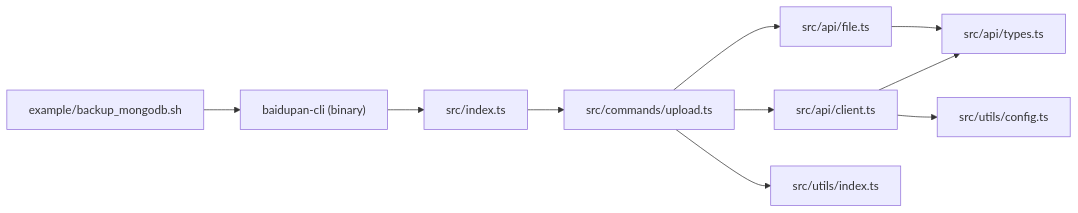
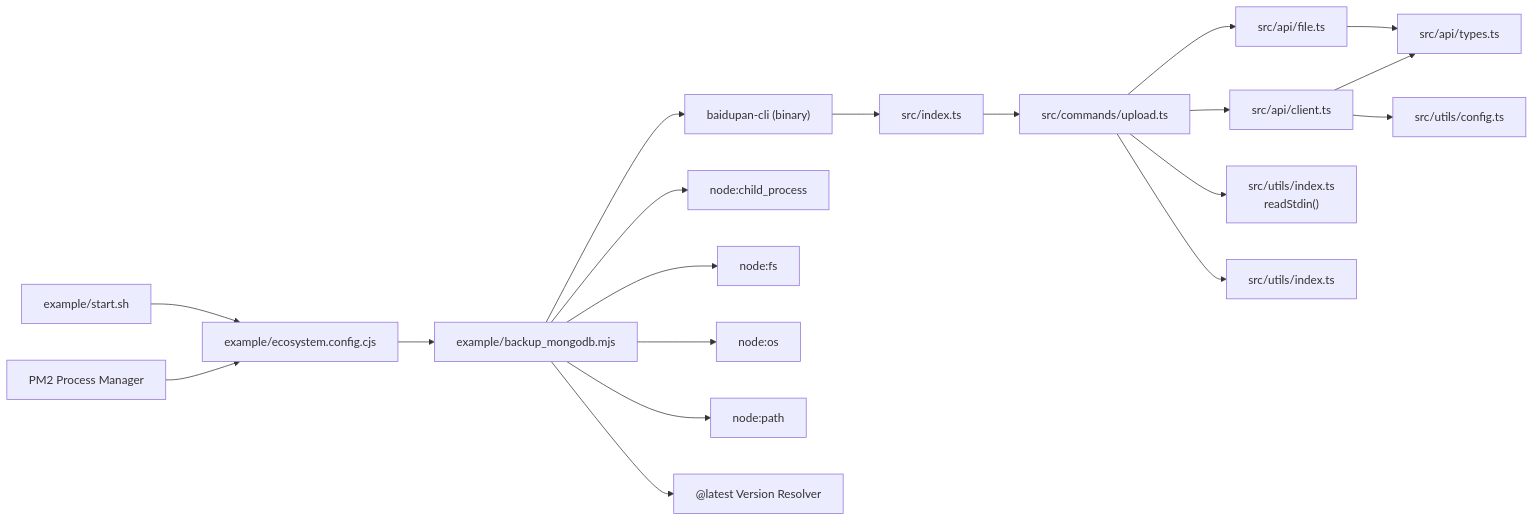
Before and after one commit to yuexiaoliang/baiduwangpan-manager: the sixth of 6 diagrams in .qoder/repowiki/en/content/Advanced Usage & Automation.md, drawn with Mermaid. The commit also changed other lines of this file and 30 other files, not shown here.

````diff
--- a/.qoder/repowiki/en/content/Advanced Usage & Automation.md
+++ b/.qoder/repowiki/en/content/Advanced Usage & Automation.md
@@ -341,12 +396,21 @@
 ```mermaid
 graph LR
-EX["example/backup_mongodb.sh"] --> BIN["baidupan-cli (binary)"]
+EX_MJS["example/backup_mongodb.mjs"] --> BIN["baidupan-cli (binary)"]
+EX_MJS --> NODE_CHILD["node:child_process"]
+EX_MJS --> FS["node:fs"]
+EX_MJS --> OS["node:os"]
+EX_MJS --> PATH["node:path"]
+EX_MJS --> NPX["@latest Version Resolver"]
 BIN --> IDX["src/index.ts"]
 IDX --> UPLOAD_CMD["src/commands/upload.ts"]
 UPLOAD_CMD --> API_CLIENT["src/api/client.ts"]
 UPLOAD_CMD --> API_FILE["src/api/file.ts"]
+UPLOAD_CMD --> STDIN_UTIL["src/utils/index.ts<br/>readStdin()"]
 API_CLIENT --> TYPES["src/api/types.ts"]
 API_FILE --> TYPES
 API_CLIENT --> CFG["src/utils/config.ts"]
 UPLOAD_CMD --> UTL["src/utils/index.ts"]
+ECOSYSTEM["example/ecosystem.config.cjs"] --> EX_MJS
+PM2["PM2 Process Manager"] --> ECOSYSTEM
+START_SCRIPT["example/start.sh"] --> ECOSYSTEM
 ```
````
